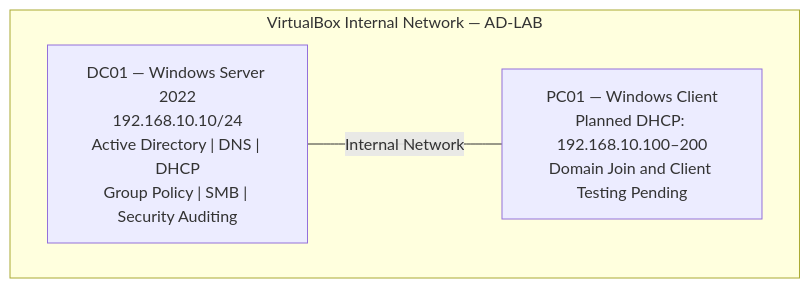
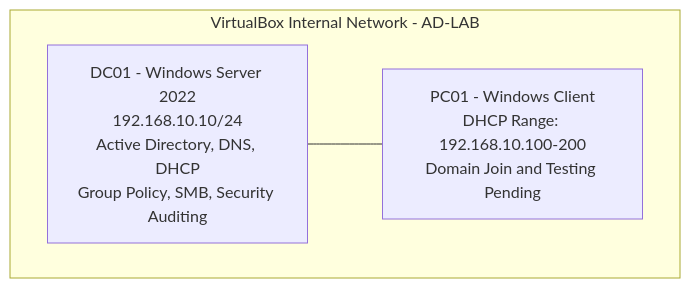
Before and after one commit to Chammarco99/Active-Directory-Enterprise-Lab: the diagram in README.md, drawn with Mermaid. The commit also changed other lines of this file, not shown here.

````diff
--- a/README.md
+++ b/README.md
@@ -57,8 +58,8 @@
 ```mermaid
 flowchart TB
-    subgraph LAB["VirtualBox Internal Network — AD-LAB"]
-        DC["DC01 — Windows Server 2022<br/>192.168.10.10/24<br/>Active Directory | DNS | DHCP<br/>Group Policy | SMB | Security Auditing"]
-        PC["PC01 — Windows Client<br/>Planned DHCP: 192.168.10.100–200<br/>Domain Join and Client Testing Pending"]
-        DC ---|"Internal Network"| PC
+    subgraph LAB["VirtualBox Internal Network - AD-LAB"]
+        DC["DC01 - Windows Server 2022<br/>192.168.10.10/24<br/>Active Directory, DNS, DHCP<br/>Group Policy, SMB, Security Auditing"]
+        PC["PC01 - Windows Client<br/>DHCP Range: 192.168.10.100-200<br/>Domain Join and Testing Pending"]
+        DC --- PC
     end
 ```
````
